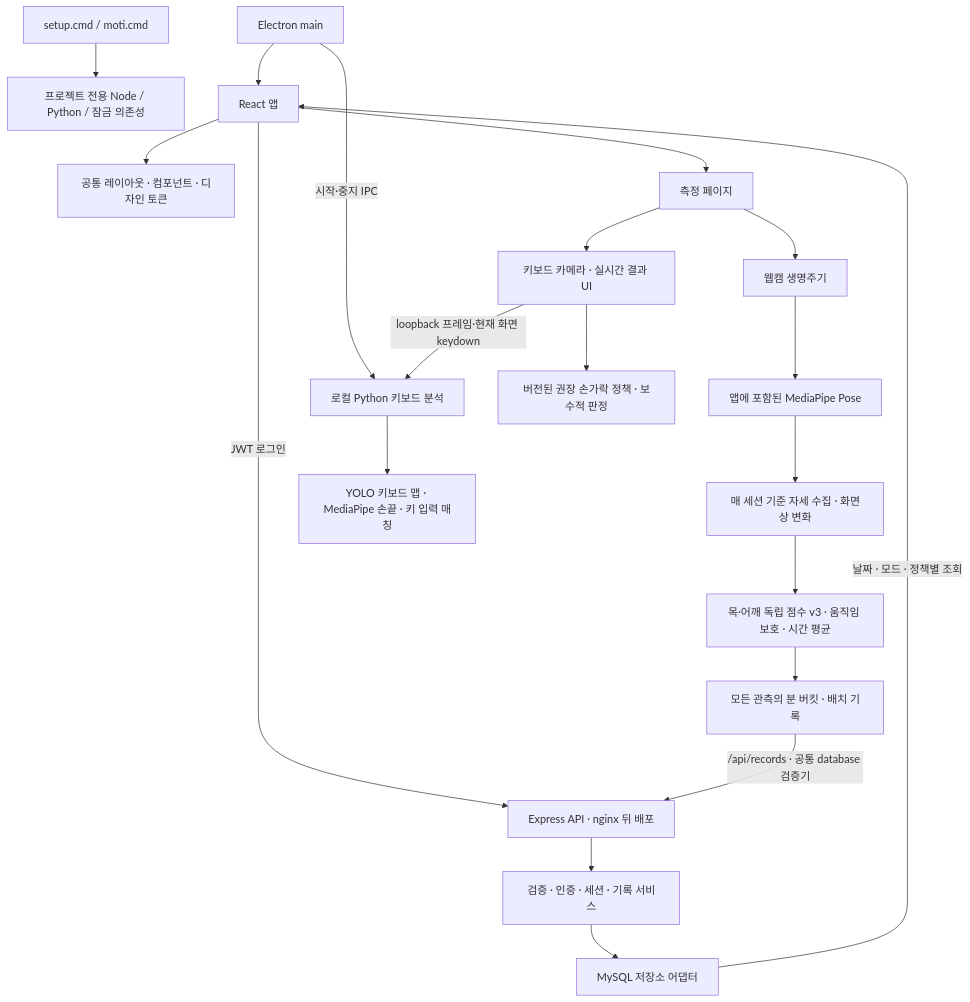
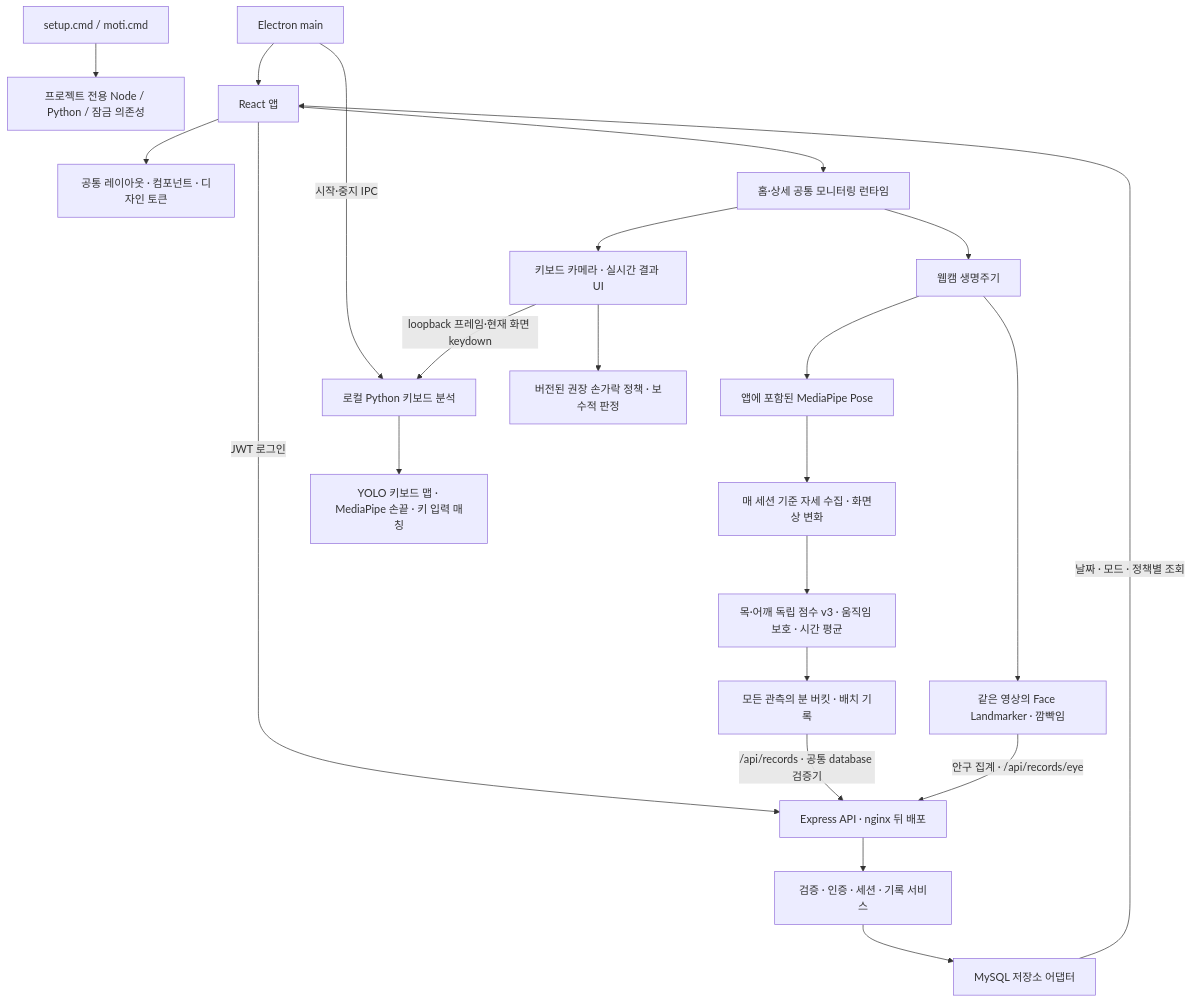
One commit to Attraaa/Graduation-Project changed the diagram in docs/architecture.md. Above: the diagram before and after it, drawn with Mermaid. The commit also changed other lines of this file and 58 other files, not shown here.

````diff
--- a/docs/architecture.md
+++ b/docs/architecture.md
@@ -7,22 +7,24 @@
 ```mermaid
 flowchart TD
   S[setup.cmd / moti.cmd] --> T[프로젝트 전용 Node / Python / 잠금 의존성]
   E[Electron main] --> R[React 앱]
   E -->|시작·중지 IPC| K[로컬 Python 키보드 분석]
   R --> UI[공통 레이아웃 · 컴포넌트 · 디자인 토큰]
-  R --> M[측정 페이지]
+  R --> M[홈·상세 공통 모니터링 런타임]
   M --> W[웹캠 생명주기]
   W --> P[앱에 포함된 MediaPipe Pose]
+  W --> EYE[같은 영상의 Face Landmarker · 깜빡임]
   P --> C[매 세션 기준 자세 수집 · 화면상 변화]
   C --> V1[목·어깨 독립 점수 v3 · 움직임 보호 · 시간 평균]
   R -->|JWT 로그인| A[Express API · nginx 뒤 배포]
   V1 --> REC[모든 관측의 분 버킷 · 배치 기록]
   REC -->|/api/records · 공통 database 검증기| A
+  EYE -->|안구 집계 · /api/records/eye| A
   A --> V[검증 · 인증 · 세션 · 기록 서비스]
   V --> DB[MySQL 저장소 어댑터]
   DB -->|날짜 · 모드 · 정책별 조회| R
   M --> KM[키보드 카메라 · 실시간 결과 UI]
   KM -->|loopback 프레임·현재 화면 keydown| K
   K --> F[YOLO 키보드 맵 · MediaPipe 손끝 · 키 입력 매칭]
   KM --> FP[버전된 권장 손가락 정책 · 보수적 판정]
 ```
````
